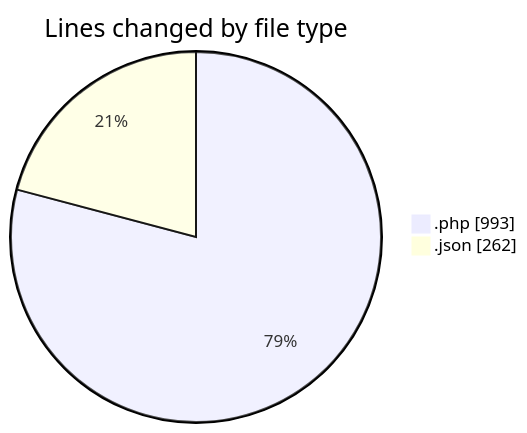
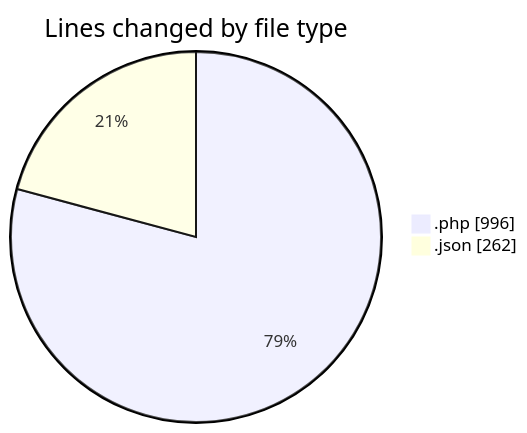
One commit to idhammustaqopulfikri/code-tracking changed the first of 2 diagrams in 2025-11-01/futsal_rekomendasi/README.md. Above: the diagram before and after it, drawn with Mermaid. The commit also changed other lines of this file and 1 other file, not shown here.

````diff
--- a/2025-11-01/futsal_rekomendasi/README.md
+++ b/2025-11-01/futsal_rekomendasi/README.md
@@ -35,6 +35,6 @@
 ```mermaid
 pie showData
 title Lines changed by file type
-".php" : 993
+".php" : 996
 ".json" : 262
 ```
````
